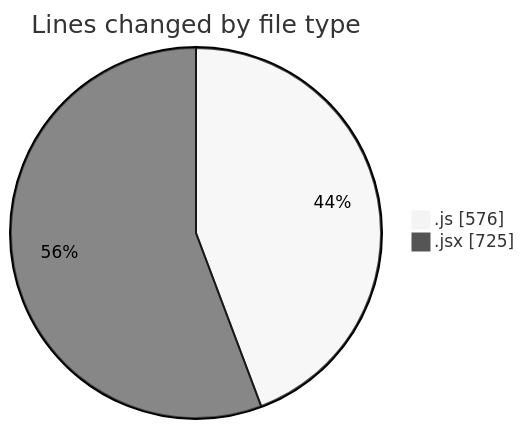
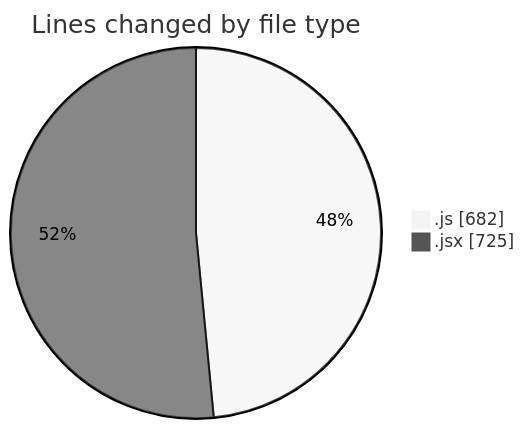
Before and after one commit to nxtqubesakshisongat/code-tracking: the first of 2 diagrams in 2025-05-29/nxtqube_webapp/README.md, drawn with Mermaid (neutral theme). The commit also changed other lines of this file and 1 other file, not shown here.

````diff
--- a/2025-05-29/nxtqube_webapp/README.md
+++ b/2025-05-29/nxtqube_webapp/README.md
@@ -32,6 +32,6 @@
 ```mermaid
 pie showData
 title Lines changed by file type
-".js" : 576
+".js" : 682
 ".jsx" : 725
 ```
````
